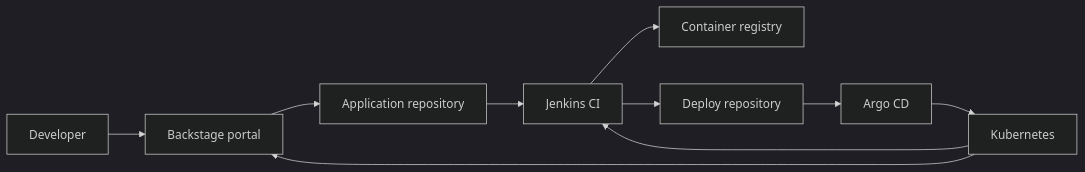
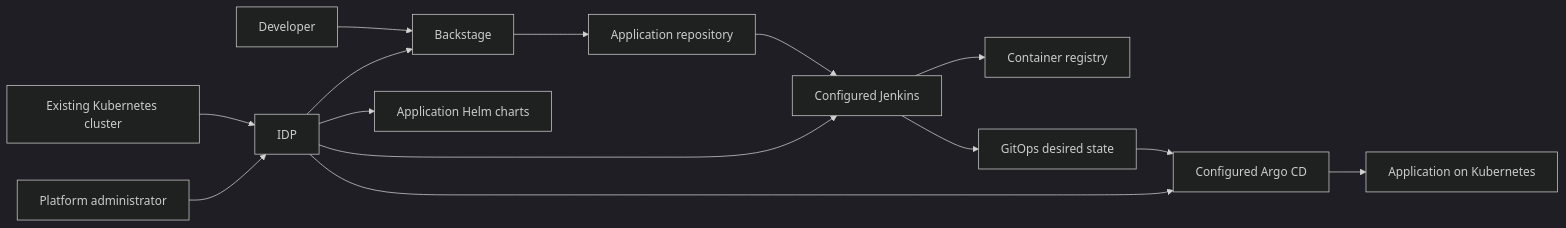
Before and after one commit to taxrakoto-idp/.github: the diagram in profile/README.md, drawn with Mermaid (dark theme). The commit also changed other lines of this file, not shown here.

````diff
--- a/profile/README.md
+++ b/profile/README.md
@@ -11,12 +29,17 @@
 ```mermaid
 flowchart LR
-    Developer["Developer"] --> Backstage["Backstage portal"]
+    Admin["Platform administrator"] --> Installer["IDP"]
+    Cluster["Existing Kubernetes cluster"] --> Installer
+    Installer --> Backstage["Backstage"]
+    Installer --> Jenkins["Configured Jenkins"]
+    Installer --> ArgoCD["Configured Argo CD"]
+    Installer --> Charts["Application Helm charts"]
+
+    Developer["Developer"] --> Backstage
     Backstage --> Source["Application repository"]
-    Source --> Jenkins["Jenkins CI"]
+    Source --> Jenkins
     Jenkins --> Registry["Container registry"]
-    Jenkins --> GitOps["Deploy repository"]
-    GitOps --> ArgoCD["Argo CD"]
-    ArgoCD --> Kubernetes["Kubernetes"]
-    Kubernetes --> Backstage
-    Kubernetes --> Jenkins
+    Jenkins --> GitOps["GitOps desired state"]
+    GitOps --> ArgoCD
+    ArgoCD --> Workload["Application on Kubernetes"]
 ```
````
